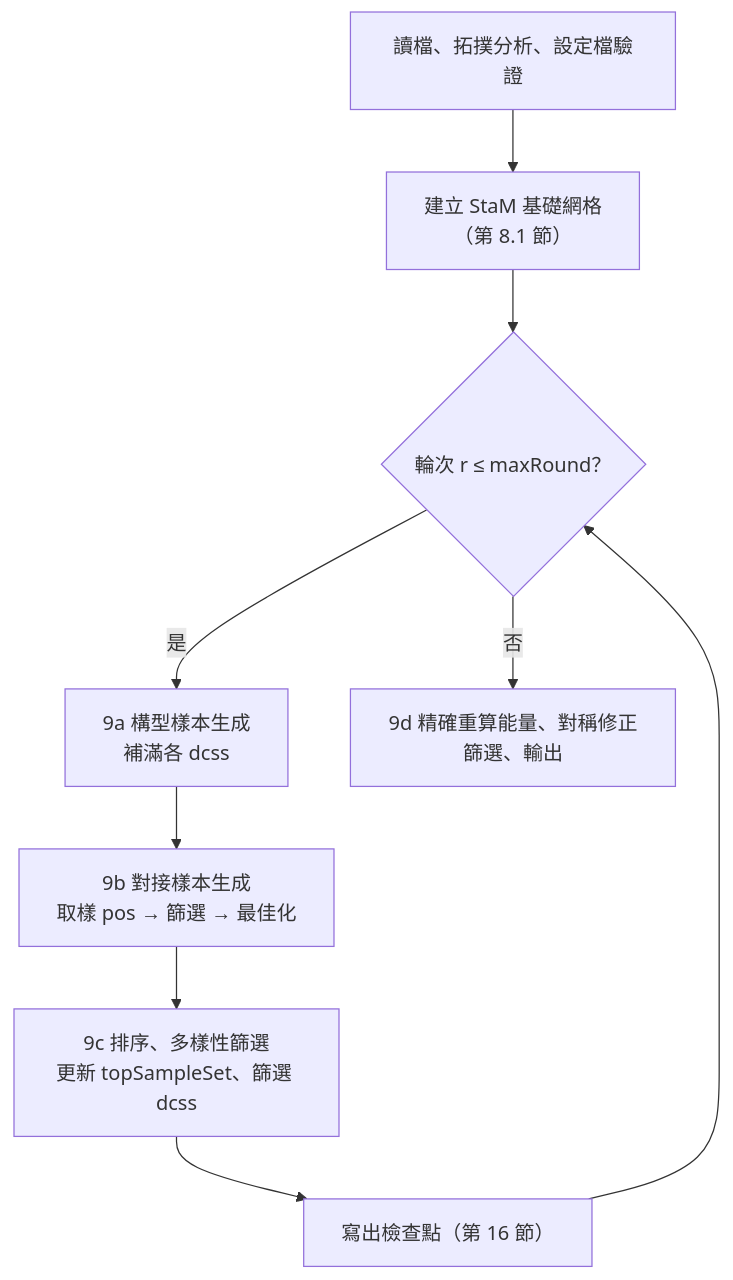
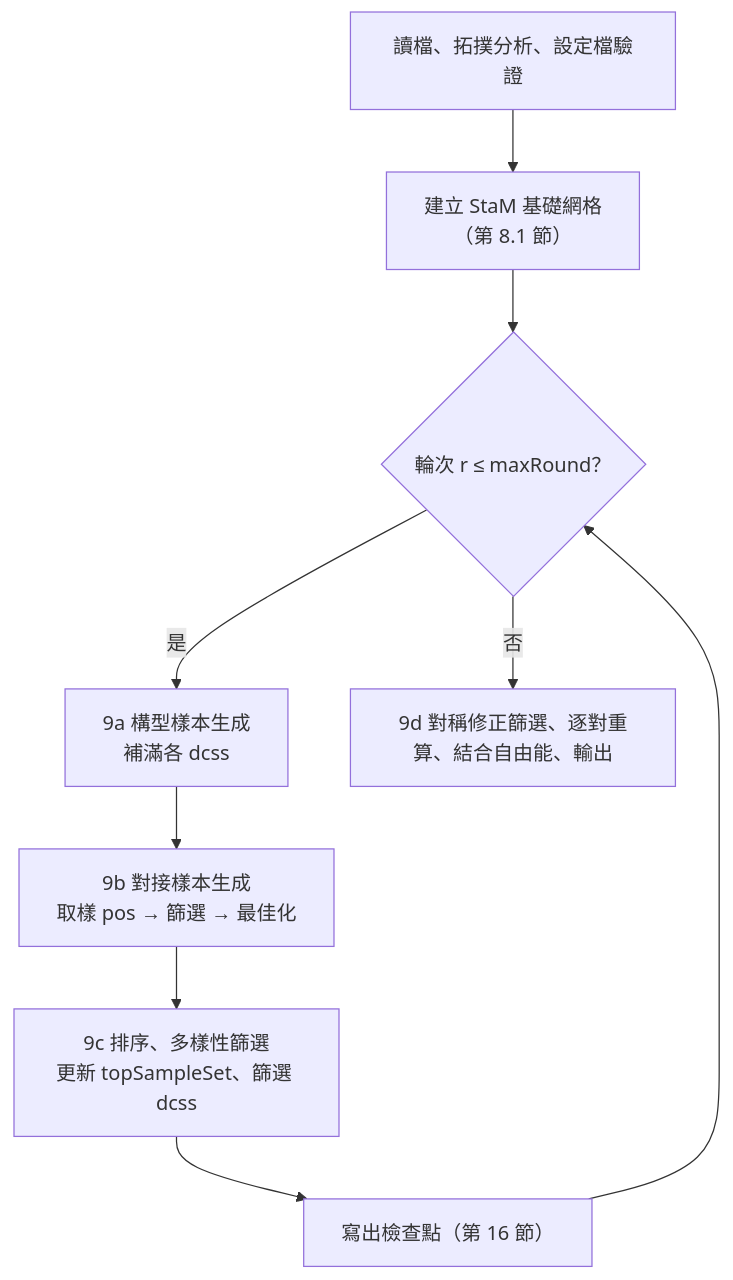
The second of 2 diagrams in doc/OmegaDocker_0.40.xx_spec.md (tirear/OmegaDocker), drawn with Mermaid before and after one commit. The commit also changed other lines of this file and 11 other files, not shown here.

````diff
--- a/doc/OmegaDocker_0.40.xx_spec.md
+++ b/doc/OmegaDocker_0.40.xx_spec.md
@@ -429,10 +429,10 @@
 ```mermaid
 flowchart TD
   IN["讀檔、拓撲分析、設定檔驗證"] --> G0["建立 StaM 基礎網格<br/>（第 8.1 節）"]
   G0 --> R{"輪次 r ≤ maxRound？"}
   R -- 是 --> A["9a 構型樣本生成<br/>補滿各 dcss"]
   A --> B["9b 對接樣本生成<br/>取樣 pos → 篩選 → 最佳化"]
   B --> C["9c 排序、多樣性篩選<br/>更新 topSampleSet、篩選 dcss"]
   C --> CP["寫出檢查點（第 16 節）"] --> R
-  R -- 否 --> D["9d 精確重算能量、對稱修正篩選、輸出"]
+  R -- 否 --> D["9d 對稱修正篩選、逐對重算、結合自由能、輸出"]
 ```
````
